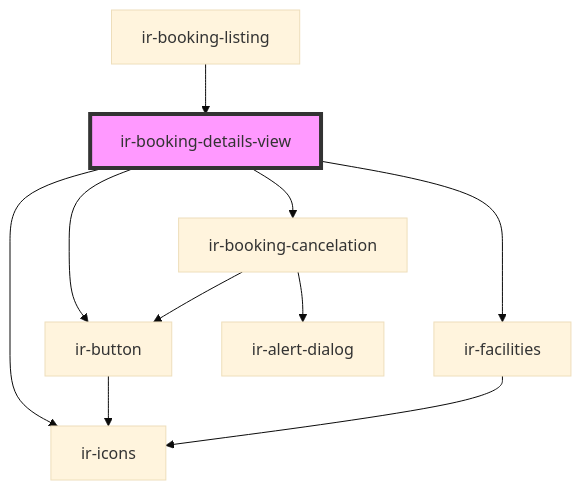
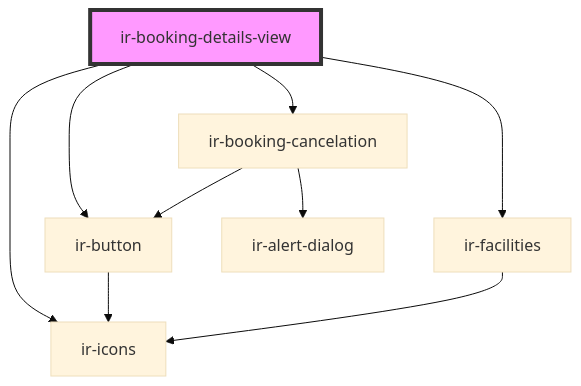
The diagram in src/components/ir-booking-engine/ir-booking-listing/ir-booking-details-view/readme.md (RonyRizk/ir-be), drawn with Mermaid (base theme) before and after one commit. The commit also changed other lines of this file and 52 other files, not shown here.

````diff
--- a/src/components/ir-booking-engine/ir-booking-listing/ir-booking-details-view/readme.md
+++ b/src/components/ir-booking-engine/ir-booking-listing/ir-booking-details-view/readme.md
@@ -36,13 +32,12 @@
 ```mermaid
 graph TD;
   ir-booking-details-view --> ir-button
   ir-booking-details-view --> ir-icons
   ir-booking-details-view --> ir-facilities
   ir-booking-details-view --> ir-booking-cancelation
   ir-button --> ir-icons
   ir-facilities --> ir-icons
   ir-booking-cancelation --> ir-alert-dialog
   ir-booking-cancelation --> ir-button
-  ir-booking-listing --> ir-booking-details-view
   style ir-booking-details-view fill:#f9f,stroke:#333,stroke-width:4px
 ```
````
